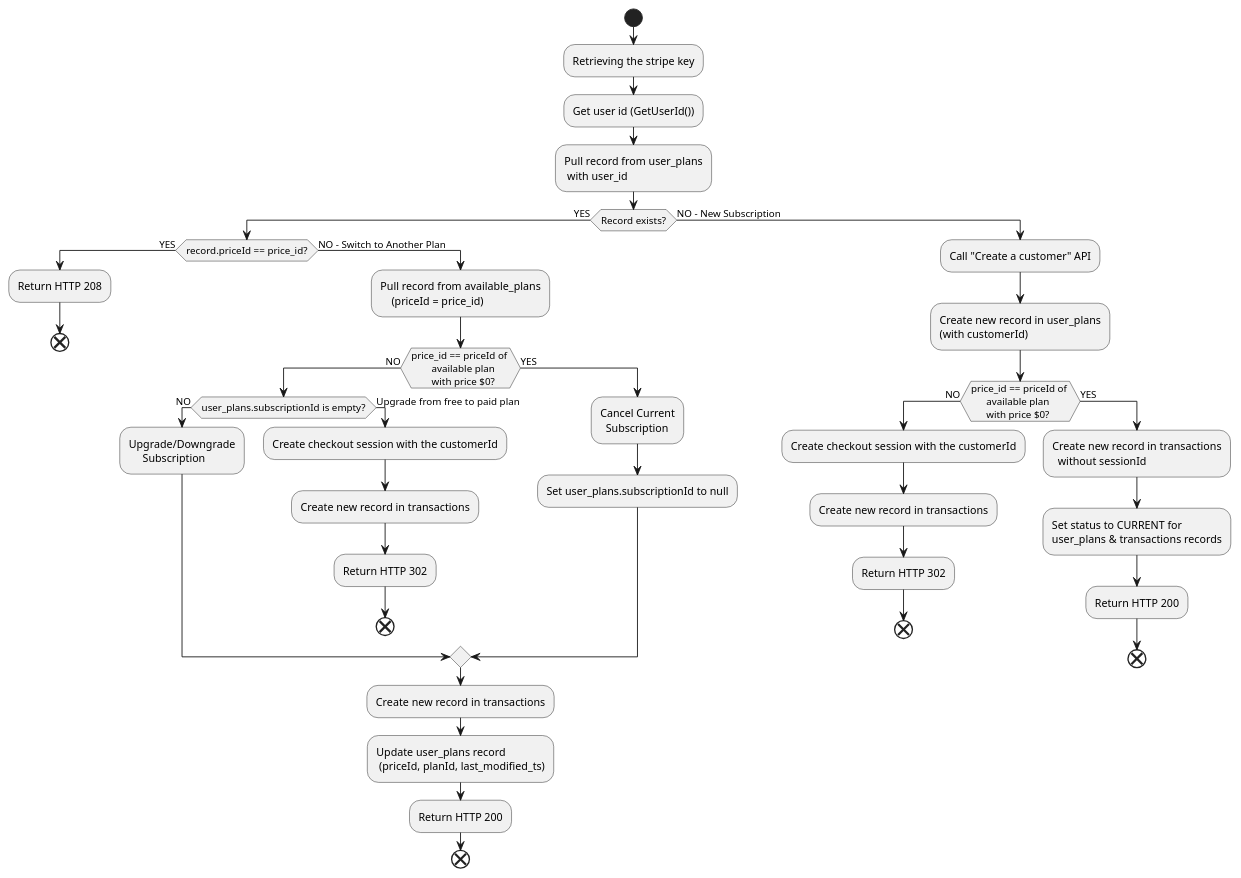
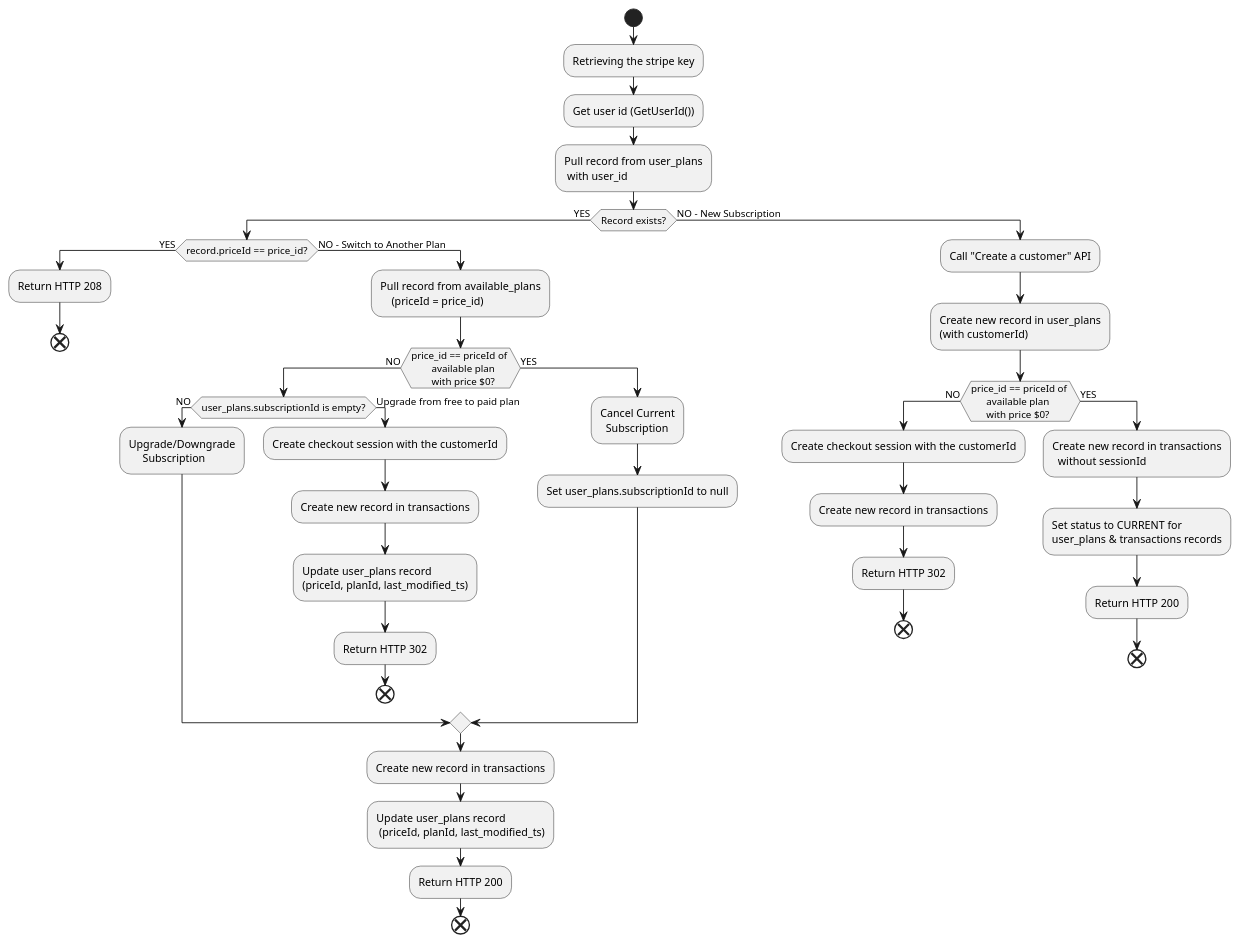
The second of 2 diagrams in README.md (talentaz/subscription_manager), drawn with PlantUML before and after one commit.

````diff
--- a/README.md
+++ b/README.md
@@ -117,57 +117,59 @@
 ```plantuml
 start
 :Retrieving the stripe key;
 :Get user id (GetUserId());
 :Pull record from user_plans 
  with user_id;
 If (Record exists?) then (YES)
   If (record.priceId == price_id?) then (YES)
     :Return HTTP 208;
     end
     Else (NO - Switch to Another Plan)
       :Pull record from available_plans 
           (priceId = price_id);
       If (price_id == priceId of 
         available plan 
         with price $0?) then (NO)
       If (user_plans.subscriptionId is empty?) then (NO)
         :Upgrade/Downgrade 
              Subscription;
       Else (Upgrade from free to paid plan)
         :Create checkout session with the customerId;
         :Create new record in transactions;
+        :Update user_plans record 
+     (priceId, planId, last_modified_ts);
         :Return HTTP 302;
         end
       Endif
     Else (YES)
       :Cancel Current 
         Subscription;
       :Set user_plans.subscriptionId to null;
     EndIf
     :Create new record in transactions;
     :Update user_plans record 
      (priceId, planId, last_modified_ts);
     :Return HTTP 200;
     end
   Endif
 Else (NO - New Subscription)
   :Call "Create a customer" API;
   :Create new record in user_plans 
   (with customerId);
   If (price_id == priceId of 
       available plan 
       with price $0?) then (NO)
     :Create checkout session with the customerId;
     :Create new record in transactions;
     :Return HTTP 302;
     end
   Else (YES)
     :Create new record in transactions
       without sessionId;
     :Set status to CURRENT for 
     user_plans & transactions records;
     :Return HTTP 200;
     end
   EndIf
 EndIf
 ```
````
